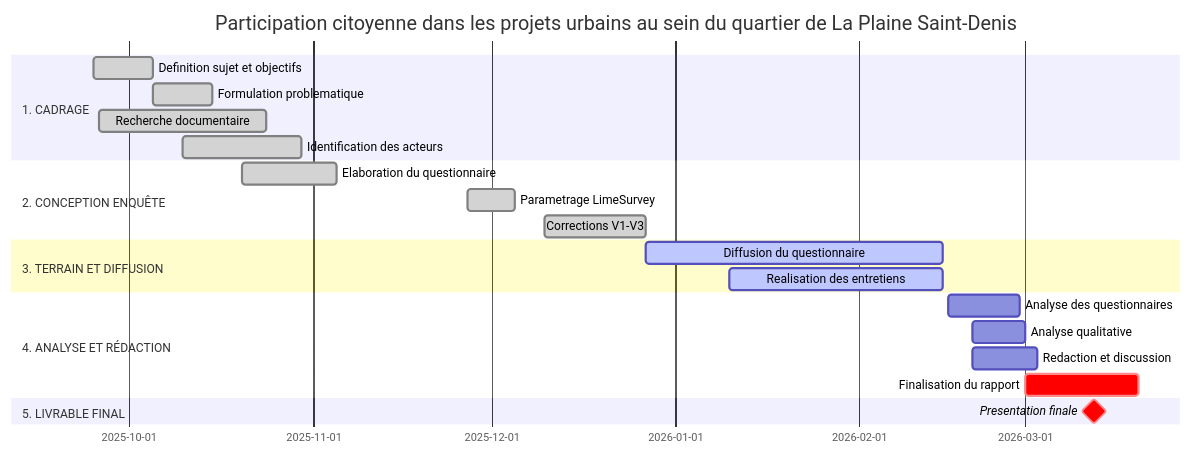
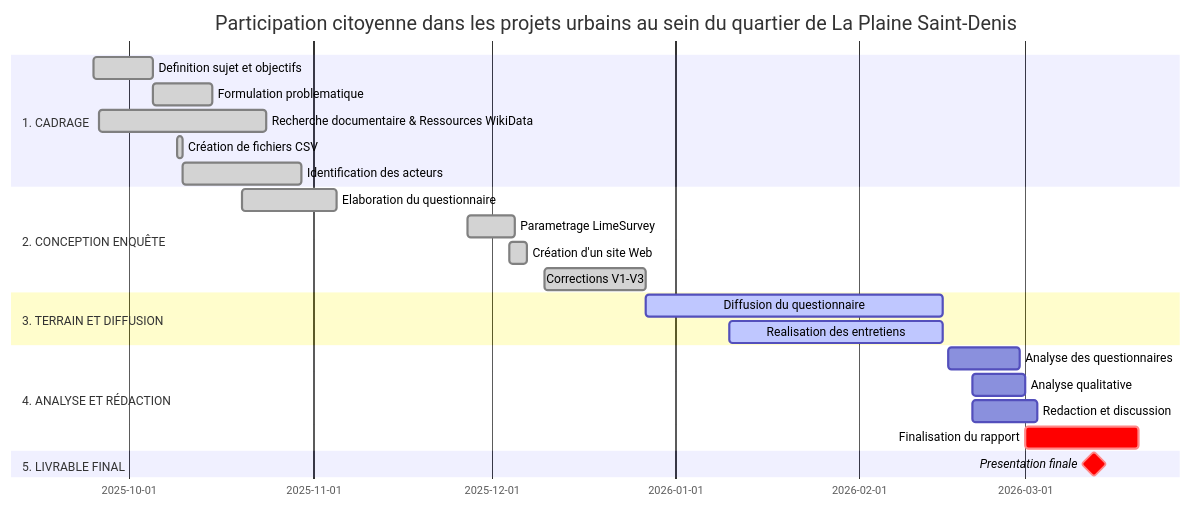
One commit to kahiarchi/LeBatiment_PlaineSaintDenis changed the diagram in acteurskahiarchiR.md. Above: the diagram before and after it, drawn with Mermaid.

````diff
--- a/acteurskahiarchiR.md
+++ b/acteurskahiarchiR.md
@@ -1,29 +1,31 @@
 ```mermaid
 gantt
     
     title Participation citoyenne dans les projets urbains au sein du quartier de La Plaine Saint-Denis
     dateFormat  YYYY-MM-DD
     section 1. CADRAGE 
     Definition sujet et objectifs    :done, t1, 2025-09-25, 2025-10-05
     Formulation problematique        :done, t2, 2025-10-05, 2025-10-15
-    Recherche documentaire           :done, t3, 2025-09-26, 2025-10-24
-    Identification des acteurs       :done, t4, 2025-10-10, 2025-10-30
+    Recherche documentaire & Ressources WikiData  :done, t3, 2025-09-26, 2025-10-24
+    Création de fichiers CSV         :done, t4, 2025-10-09, 2025-10-10
+    Identification des acteurs       :done, t5, 2025-10-10, 2025-10-30
 
     section 2. CONCEPTION ENQUÊTE
-    Elaboration du questionnaire     :done, t7, 2025-10-20, 2025-11-05
-    Parametrage LimeSurvey           :done, t8, 2025-11-27, 2025-12-05
+    Elaboration du questionnaire     :done, t6, 2025-10-20, 2025-11-05
+    Parametrage LimeSurvey           :done, t7, 2025-11-27, 2025-12-05
+    Création d'un site Web           :done, t8, 2025-12-04, 2025-12-07
     Corrections V1-V3                :done, t9, 2025-12-10, 2025-12-27
 
     section 3. TERRAIN ET DIFFUSION
     Diffusion du questionnaire       :active, t12, 2025-12-27, 2026-02-15
     Realisation des entretiens       :active, t15, 2026-01-10, 2026-02-15
 
     section 4. ANALYSE ET RÉDACTION
     Analyse des questionnaires       :t16, 2026-02-16, 2026-02-28
     Analyse qualitative              :t17, 2026-02-20, 2026-03-01
     Redaction et discussion          :t18, 2026-02-20, 2026-03-03
     Finalisation du rapport          :crit, t19, 2026-03-01, 2026-03-20
 
     section 5. LIVRABLE FINAL
     Presentation finale              :crit, milestone, 2026-03-05
 ```
````
